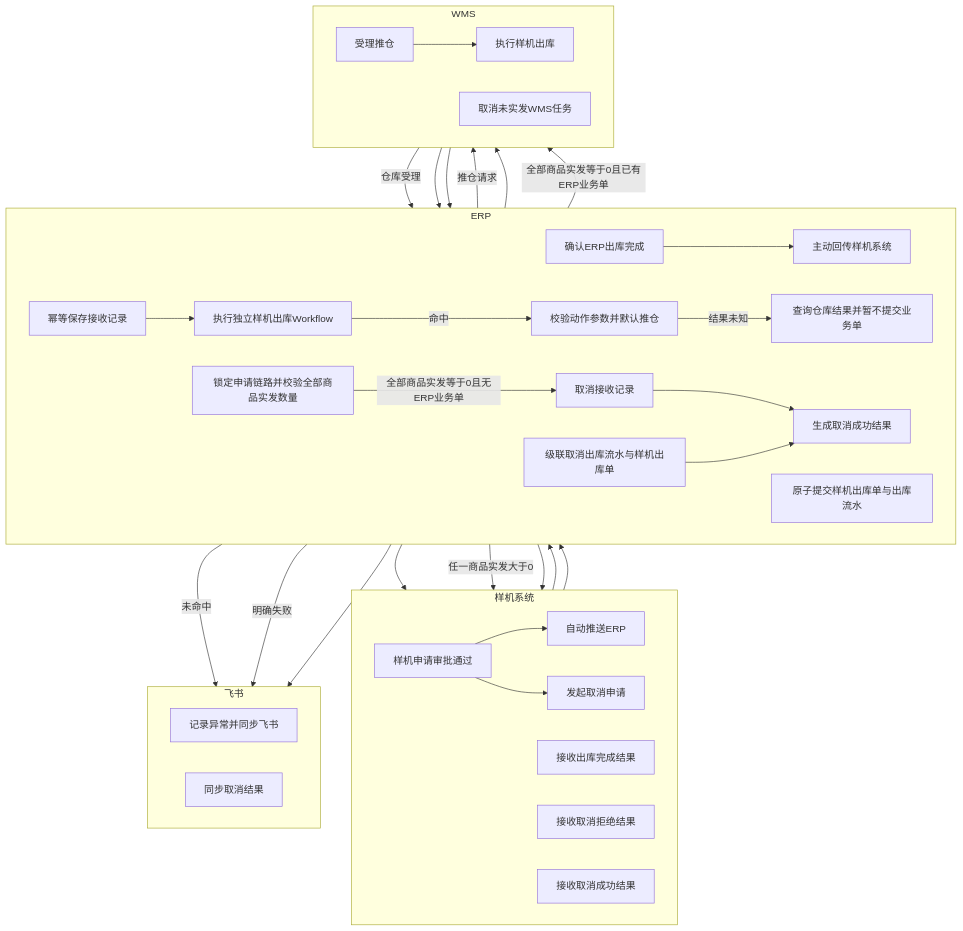
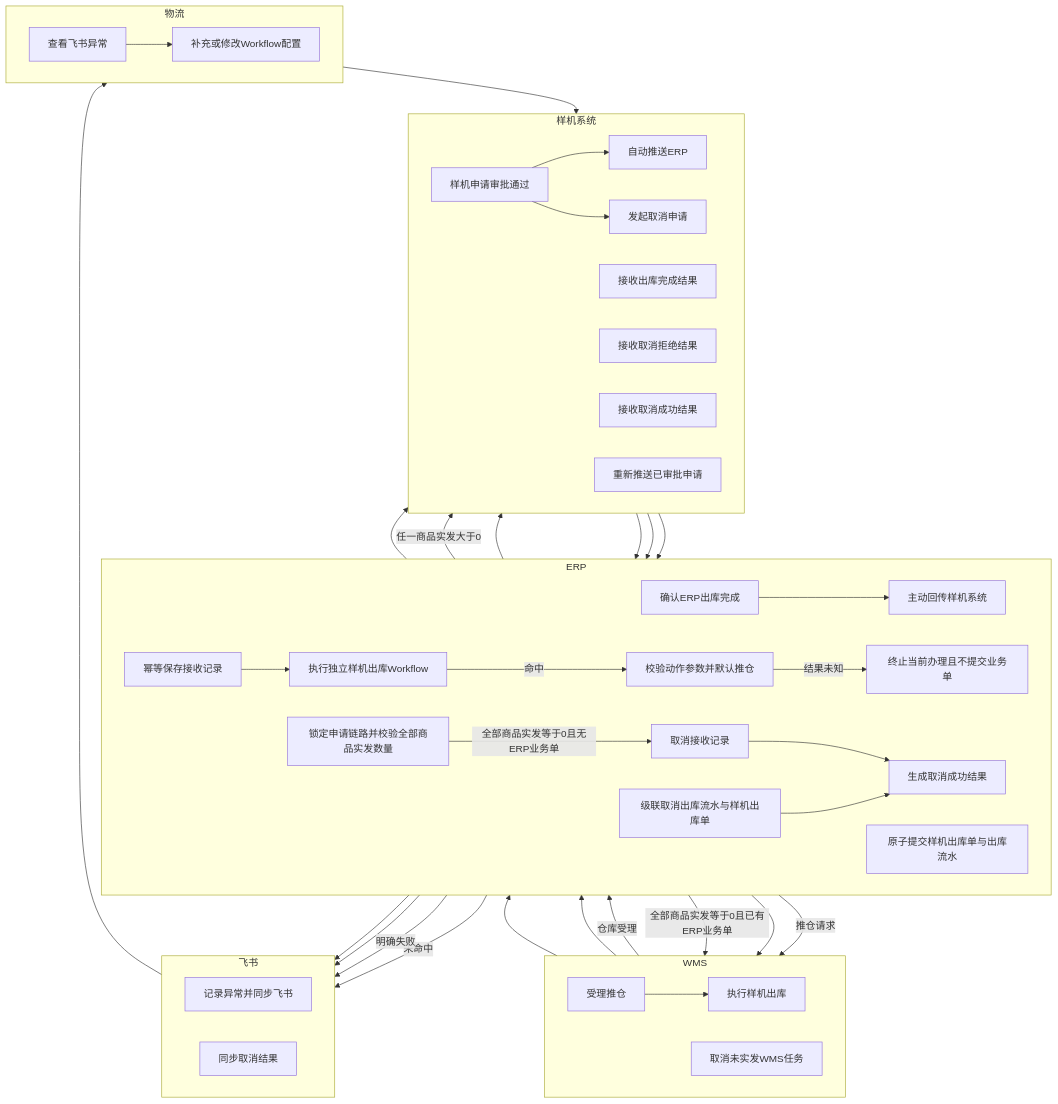
One commit to arlo-hello/erp-ai-docs-arlo changed the diagram in docs/v0.28.7/tasks/0208/product-plan.md. Above: the diagram before and after it, drawn with Mermaid. The commit also changed other lines of this file and 4 other files, not shown here.

````diff
--- a/docs/v0.28.7/tasks/0208/product-plan.md
+++ b/docs/v0.28.7/tasks/0208/product-plan.md
@@ -45,56 +46,66 @@
 ```mermaid
 flowchart TB
   %% 按责任主体划分泳道
   subgraph L1[样机系统]
     direction LR
     A[样机申请审批通过] --> B[自动推送ERP]
     A --> J[发起取消申请]
     I[接收出库完成结果]
     L[接收取消拒绝结果]
     Q[接收取消成功结果]
+    T[重新推送已审批申请]
   end
 
   subgraph L2[ERP]
     direction LR
     C[幂等保存接收记录] --> D[执行独立样机出库Workflow]
     D -->|命中| E[校验动作参数并默认推仓]
-    Y[查询仓库结果并暂不提交业务单]
+    Y[终止当前办理且不提交业务单]
     F[原子提交样机出库单与出库流水]
     H[确认ERP出库完成] --> R[主动回传样机系统]
     K[锁定申请链路并校验全部商品实发数量]
     M[取消接收记录]
     O[级联取消出库流水与样机出库单]
     P[生成取消成功结果]
   end
 
   subgraph L3[WMS]
     direction LR
     W1[受理推仓] --> G[执行样机出库]
     N[取消未实发WMS任务]
   end
 
   subgraph L4[飞书]
     direction LR
     X[记录异常并同步飞书]
     S[同步取消结果]
   end
 
+  subgraph L5[物流]
+    direction LR
+    U[查看飞书异常] --> V[补充或修改Workflow配置]
+  end
+
   B --> C
   D -->|未命中| X
   E -->|明确失败| X
   E -->|结果未知| Y
+  X --> U
+  Y --> X
+  V --> T
+  T --> C
   E -->|推仓请求| W1
   W1 -->|仓库受理| F
   F --> G
   G --> H
   R --> I
   J --> K
   K -->|任一商品实发大于0| L
   K -->|全部商品实发等于0且无ERP业务单| M
   K -->|全部商品实发等于0且已有ERP业务单| N
   N --> O
   M --> P
   O --> P
   P --> Q
   P --> S
 ```
````
